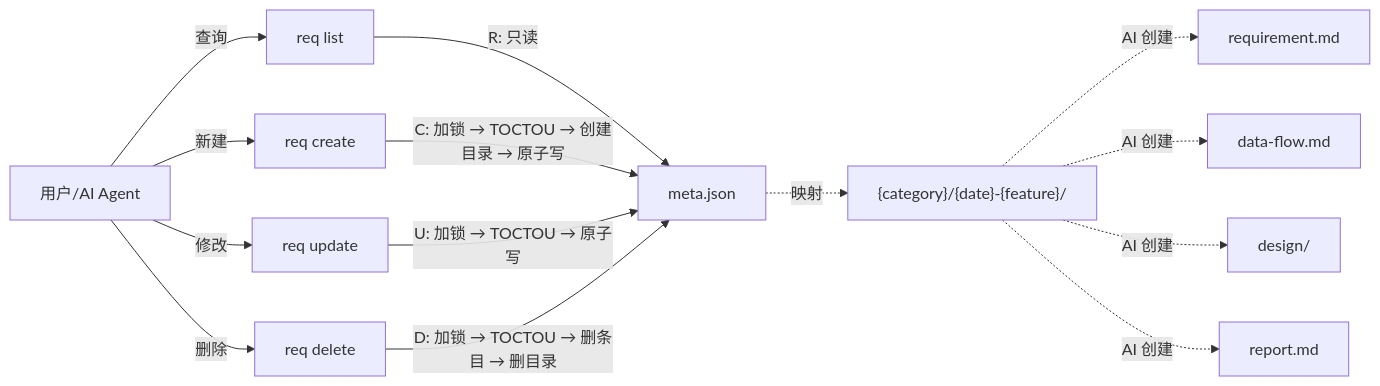
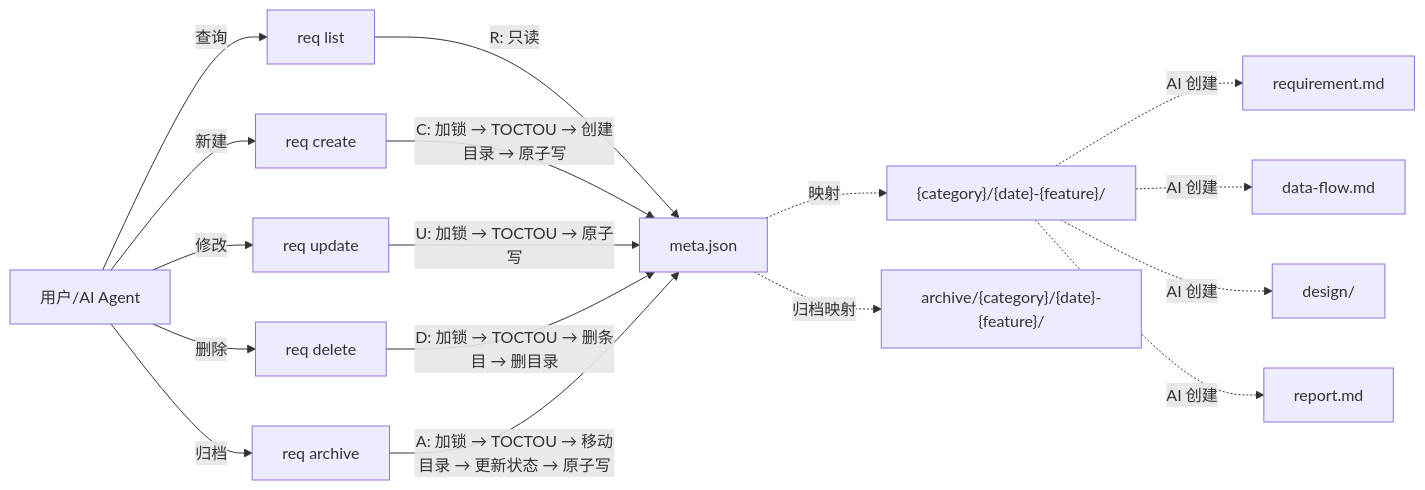
The fifth of 6 diagrams in docs/requirement-mgr-guide.md (HACK-WU/skills), drawn with Mermaid before and after one commit. The commit also changed other lines of this file and 22 other files, not shown here.

````diff
--- a/docs/requirement-mgr-guide.md
+++ b/docs/requirement-mgr-guide.md
@@ -678,18 +687,22 @@
 ```mermaid
 flowchart LR
     User["用户/AI Agent"] -->|查询| list["req list"]
     User -->|新建| create["req create"]
     User -->|修改| update["req update"]
     User -->|删除| delete["req delete"]
+    User -->|归档| archive["req archive"]
     
     list -->|"R: 只读"| Meta["meta.json"]
     create -->|"C: 加锁 → TOCTOU → 创建目录 → 原子写"| Meta
     update -->|"U: 加锁 → TOCTOU → 原子写"| Meta
     delete -->|"D: 加锁 → TOCTOU → 删条目 → 删目录"| Meta
+    archive -->|"A: 加锁 → TOCTOU → 移动目录 → 更新状态 → 原子写"| Meta
     
     Meta -.->|映射| RequirementDir["{category}/{date}-{feature}/"]
     RequirementDir -.->|AI 创建| requirement_md["requirement.md"]
     RequirementDir -.->|AI 创建| data_flow["data-flow.md"]
     RequirementDir -.->|AI 创建| Design["design/"]
     RequirementDir -.->|AI 创建| Report["report.md"]
+    
+    Meta -.->|归档映射| ArchiveDir["archive/{category}/{date}-{feature}/"]
 ```
````
